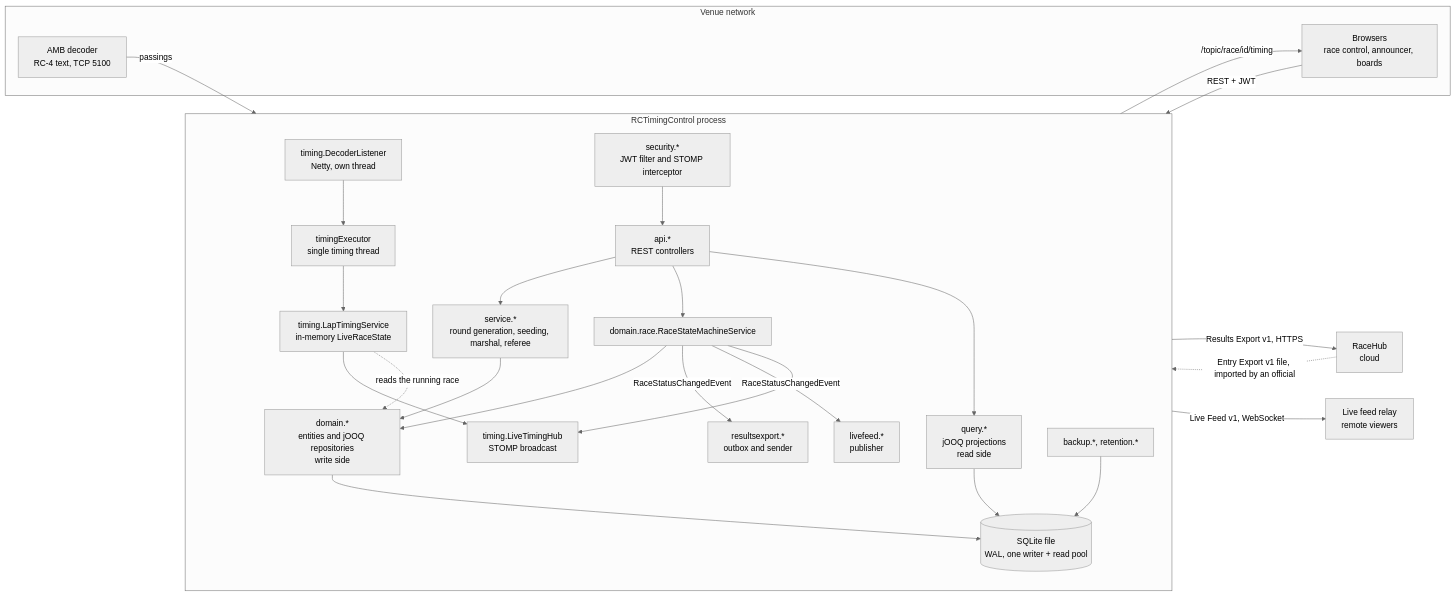
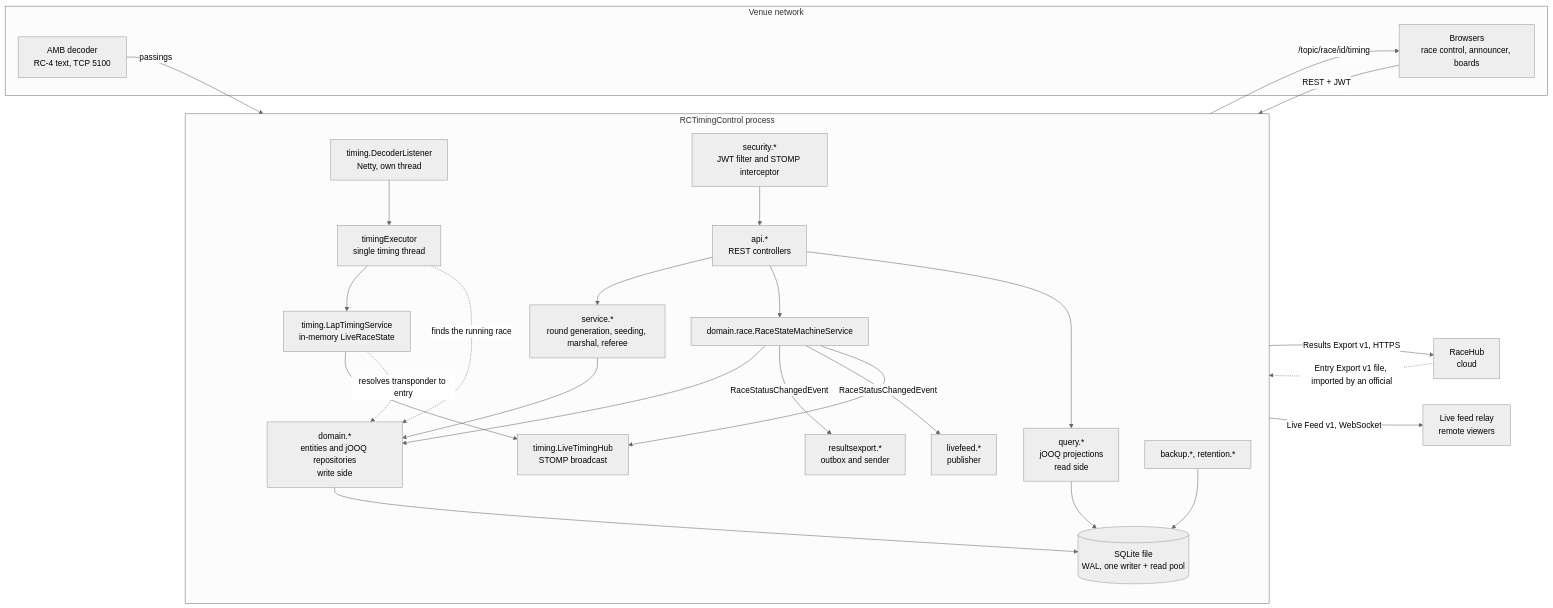
Before and after one commit to RCRaceHub/RCTimingControl: the diagram in docs/developer/components.md, drawn with Mermaid (neutral theme). The commit also changed other lines of this file and 4 other files, not shown here.

First line of the commit message:
Fix diagram inaccuracies found in review (#347)

````diff
--- a/docs/developer/components.md
+++ b/docs/developer/components.md
@@ -5,44 +5,45 @@
 ```mermaid
 flowchart LR
     subgraph venue[Venue network]
         dec[AMB decoder<br/>RC-4 text, TCP 5100]
         br[Browsers<br/>race control, announcer, boards]
     end
 
     subgraph app[RCTimingControl process]
         direction TB
         dl[timing.DecoderListener<br/>Netty, own thread]
         te[timingExecutor<br/>single timing thread]
         lts[timing.LapTimingService<br/>in-memory LiveRaceState]
         hub[timing.LiveTimingHub<br/>STOMP broadcast]
         api[api.*<br/>REST controllers]
         sec[security.*<br/>JWT filter and STOMP interceptor]
         dom[domain.*<br/>entities and jOOQ repositories<br/>write side]
         svc[service.*<br/>round generation, seeding, marshal, referee]
         qry[query.*<br/>jOOQ projections<br/>read side]
         sm[domain.race.RaceStateMachineService]
         rx[resultsexport.*<br/>outbox and sender]
         lf[livefeed.*<br/>publisher]
         bk[backup.*, retention.*]
         db[(SQLite file<br/>WAL, one writer + read pool)]
     end
 
     rh[RaceHub<br/>cloud]
     relay[Live feed relay<br/>remote viewers]
 
     dec -->|passings| dl --> te --> lts
     lts --> hub -->|/topic/race/id/timing| br
     br -->|REST + JWT| sec --> api
     api --> svc --> dom --> db
     api --> sm
     api --> qry --> db
     sm --> dom
     sm -->|RaceStatusChangedEvent| rx
     sm -->|RaceStatusChangedEvent| lf
     sm --> hub
-    lts -.->|reads the running race| dom
+    te -.->|finds the running race| dom
+    lts -.->|resolves transponder to entry| dom
     rx -->|Results Export v1, HTTPS| rh
     rh -.->|Entry Export v1 file, imported by an official| api
     lf -->|Live Feed v1, WebSocket| relay
     bk --> db
 ```
````
